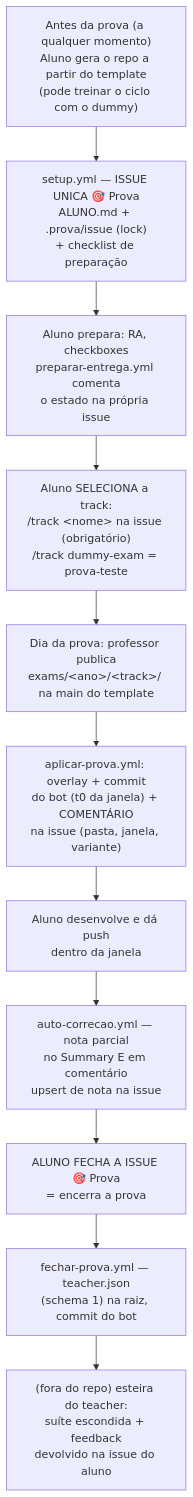
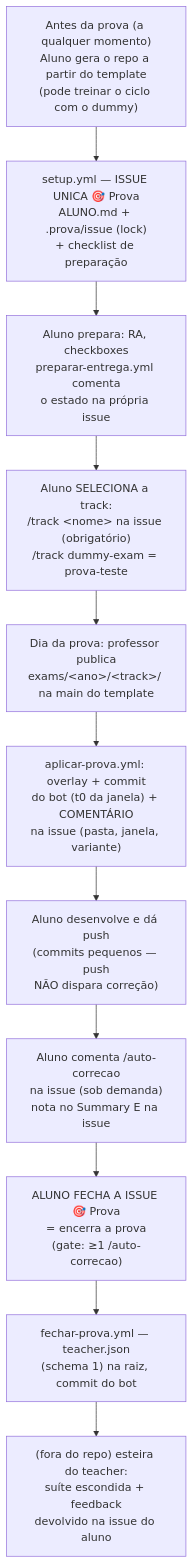
Before and after one commit to endersonmenezes/exam-escola-ti: the diagram in README.md, drawn with Mermaid. The commit also changed other lines of this file and 9 other files, not shown here.

````diff
--- a/README.md
+++ b/README.md
@@ -60,13 +60,13 @@
 ```mermaid
 flowchart TD
     A["Antes da prova (a qualquer momento)<br/>Aluno gera o repo a partir do template<br/>(pode treinar o ciclo com o dummy)"] --> B["setup.yml — ISSUE UNICA 🎯 Prova<br/>ALUNO.md + .prova/issue (lock)<br/>+ checklist de preparação"]
     B --> C["Aluno prepara: RA, checkboxes<br/>preparar-entrega.yml comenta<br/>o estado na própria issue"]
     C --> D["Aluno SELECIONA a track:<br/>/track &lt;nome&gt; na issue (obrigatório)<br/>/track dummy-exam = prova-teste"]
     D --> E["Dia da prova: professor publica<br/>exams/&lt;ano&gt;/&lt;track&gt;/ na main do template"]
     E --> F["aplicar-prova.yml: overlay + commit<br/>do bot (t0 da janela) + COMENTÁRIO<br/>na issue (pasta, janela, variante)"]
-    F --> G["Aluno desenvolve e dá push<br/>dentro da janela"]
-    G --> H["auto-correcao.yml — nota parcial<br/>no Summary E em comentário<br/>upsert de nota na issue"]
-    H --> I["ALUNO FECHA A ISSUE 🎯 Prova<br/>= encerra a prova"]
+    F --> G["Aluno desenvolve e dá push<br/>(commits pequenos — push<br/>NÃO dispara correção)"]
+    G --> H["Aluno comenta /auto-correcao<br/>na issue (sob demanda)<br/>nota no Summary E na issue"]
+    H --> I["ALUNO FECHA A ISSUE 🎯 Prova<br/>= encerra a prova<br/>(gate: ≥1 /auto-correcao)"]
     I --> J["fechar-prova.yml — teacher.json<br/>(schema 1) na raiz, commit do bot"]
     J --> K["(fora do repo) esteira do teacher:<br/>suíte escondida + feedback<br/>devolvido na issue do aluno"]
 ```
````
